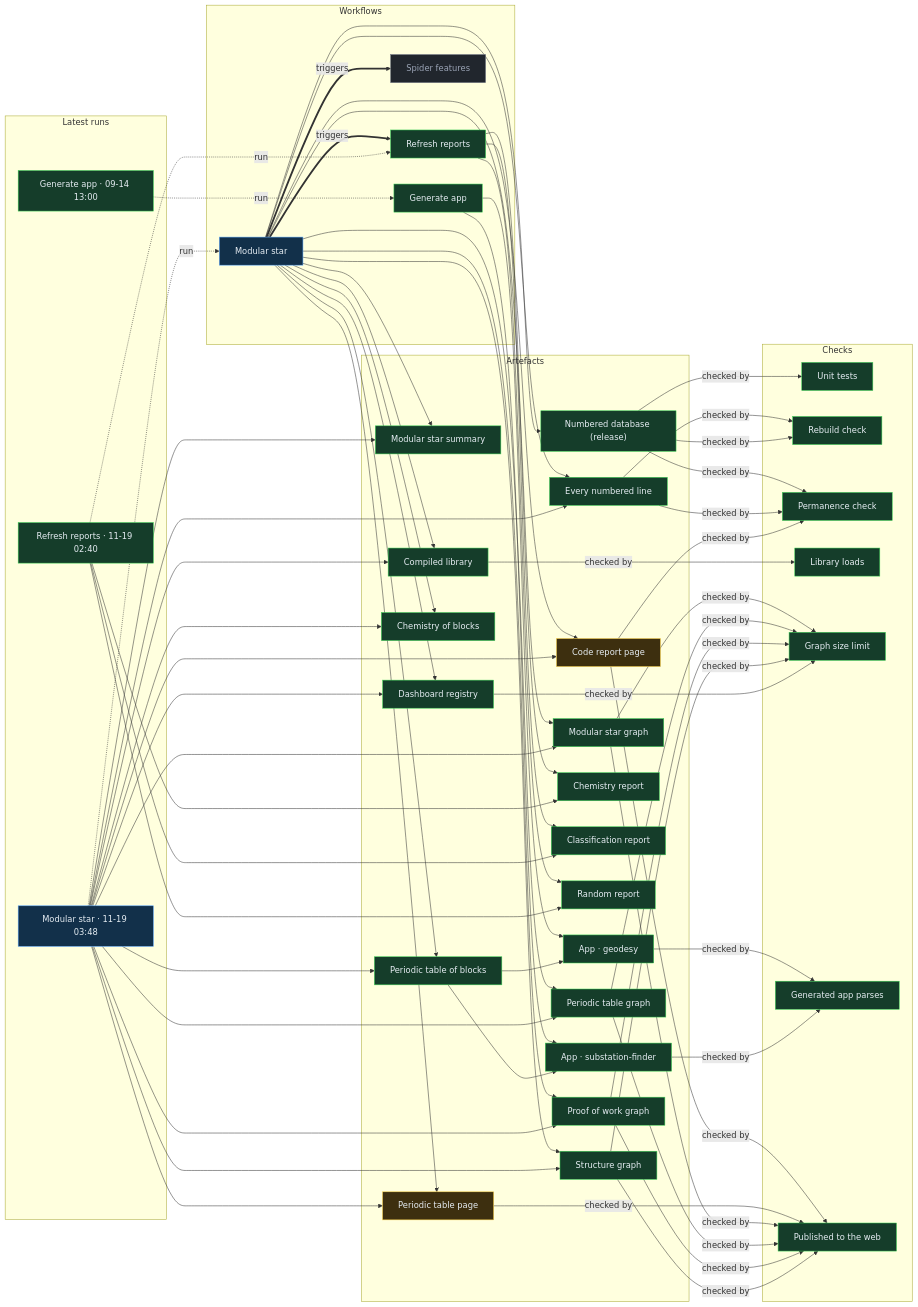
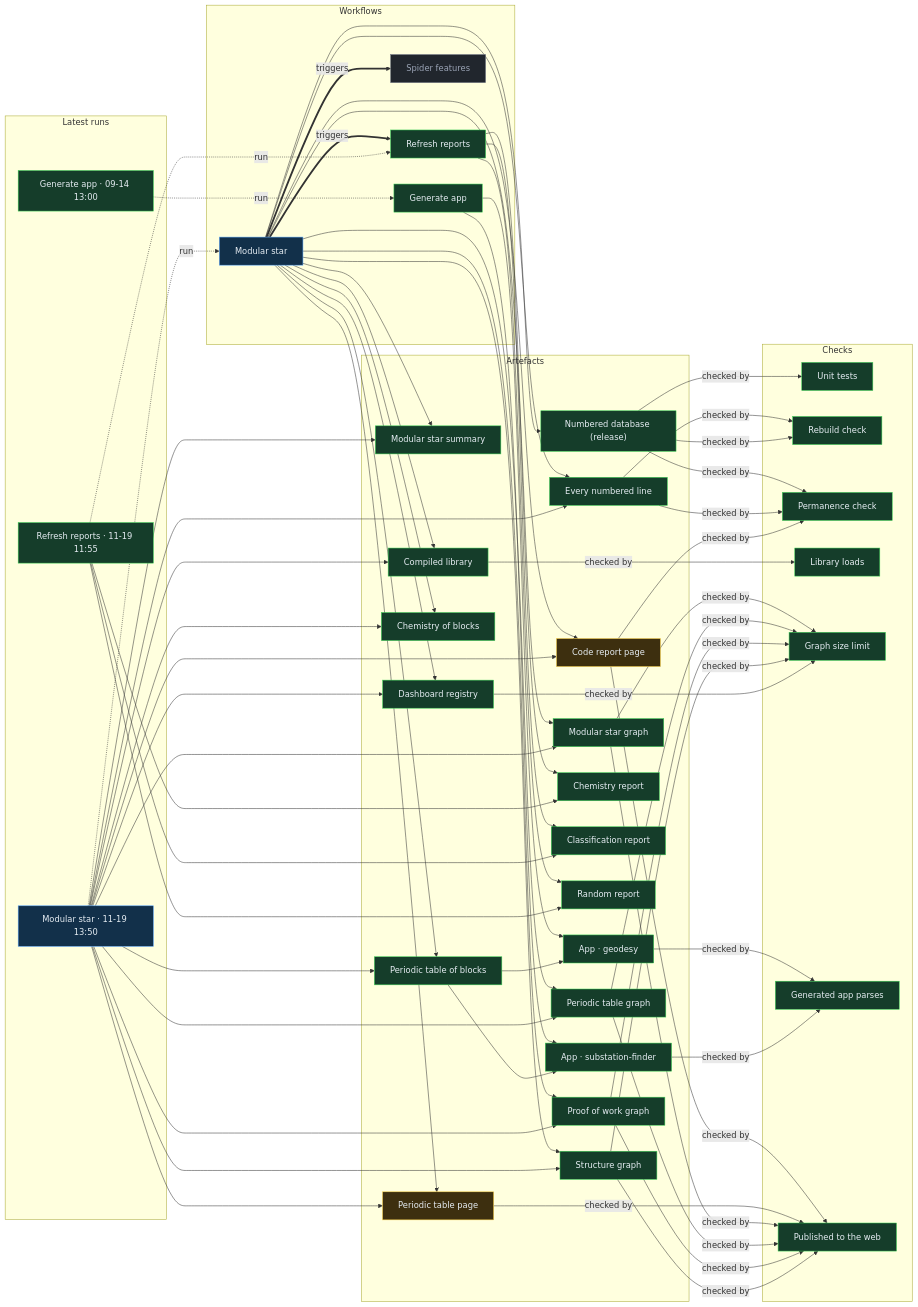
The diagram in proof/PROOF.md (Ventusltd/stars), drawn with Mermaid before and after one commit. The commit also changed other lines of this file and 162 other files, not shown here.

Commit message:
Modular star 2026-11-19T13:53Z

```diff
--- a/proof/PROOF.md
+++ b/proof/PROOF.md
@@ -24,8 +24,8 @@
   n_wf_spider_features["Spider features"]:::off
   end
   subgraph g_runs["Latest runs"]
-  n_run_44454028595["Modular star · 11-19 03:48"]:::live
-  n_run_44446025121["Refresh reports · 11-19 02:40"]:::ok
+  n_run_44537522228["Modular star · 11-19 13:50"]:::live
+  n_run_44519082095["Refresh reports · 11-19 11:55"]:::ok
   n_run_34846587798["Generate app · 09-14 13:00"]:::ok
   end
   subgraph g_artefacts["Artefacts"]
@@ -59,39 +59,39 @@
   end
   n_wf_modular_star == triggers ==> n_wf_refresh
   n_wf_modular_star == triggers ==> n_wf_spider_features
-  n_run_44454028595 -. run .-> n_wf_modular_star
-  n_run_44446025121 -. run .-> n_wf_refresh
+  n_run_44537522228 -. run .-> n_wf_modular_star
+  n_run_44519082095 -. run .-> n_wf_refresh
   n_run_34846587798 -. run .-> n_wf_generate
   n_wf_modular_star --> n_art_summary
-  n_run_44454028595 --> n_art_summary
+  n_run_44537522228 --> n_art_summary
   n_wf_modular_star --> n_art_lines
-  n_run_44454028595 --> n_art_lines
+  n_run_44537522228 --> n_art_lines
   n_wf_modular_star --> n_art_code
-  n_run_44454028595 --> n_art_code
+  n_run_44537522228 --> n_art_code
   n_wf_modular_star --> n_art_modular_graph
-  n_run_44454028595 --> n_art_modular_graph
+  n_run_44537522228 --> n_art_modular_graph
   n_wf_modular_star --> n_art_blocks
-  n_run_44454028595 --> n_art_blocks
+  n_run_44537522228 --> n_art_blocks
   n_wf_modular_star --> n_art_table
-  n_run_44454028595 --> n_art_table
+  n_run_44537522228 --> n_art_table
   n_wf_modular_star --> n_art_blocks_graph
-  n_run_44454028595 --> n_art_blocks_graph
+  n_run_44537522228 --> n_art_blocks_graph
   n_wf_modular_star --> n_art_reactions
-  n_run_44454028595 --> n_art_reactions
+  n_run_44537522228 --> n_art_reactions
   n_wf_modular_star --> n_art_library
-  n_run_44454028595 --> n_art_library
+  n_run_44537522228 --> n_art_library
   n_wf_modular_star --> n_art_features
-  n_run_44454028595 --> n_art_features
+  n_run_44537522228 --> n_art_features
   n_wf_modular_star --> n_art_proof
-  n_run_44454028595 --> n_art_proof
+  n_run_44537522228 --> n_art_proof
   n_wf_modular_star --> n_art_structure
-  n_run_44454028595 --> n_art_structure
+  n_run_44537522228 --> n_art_structure
   n_wf_refresh --> n_art_chemistry
-  n_run_44446025121 --> n_art_chemistry
+  n_run_44519082095 --> n_art_chemistry
   n_wf_refresh --> n_art_vedic
-  n_run_44446025121 --> n_art_vedic
+  n_run_44519082095 --> n_art_vedic
   n_wf_refresh --> n_art_random
-  n_run_44446025121 --> n_art_random
+  n_run_44519082095 --> n_art_random
   n_wf_modular_star --> n_art_release
   n_wf_generate --> n_app_geodesy
   n_art_blocks --> n_app_geodesy
```
